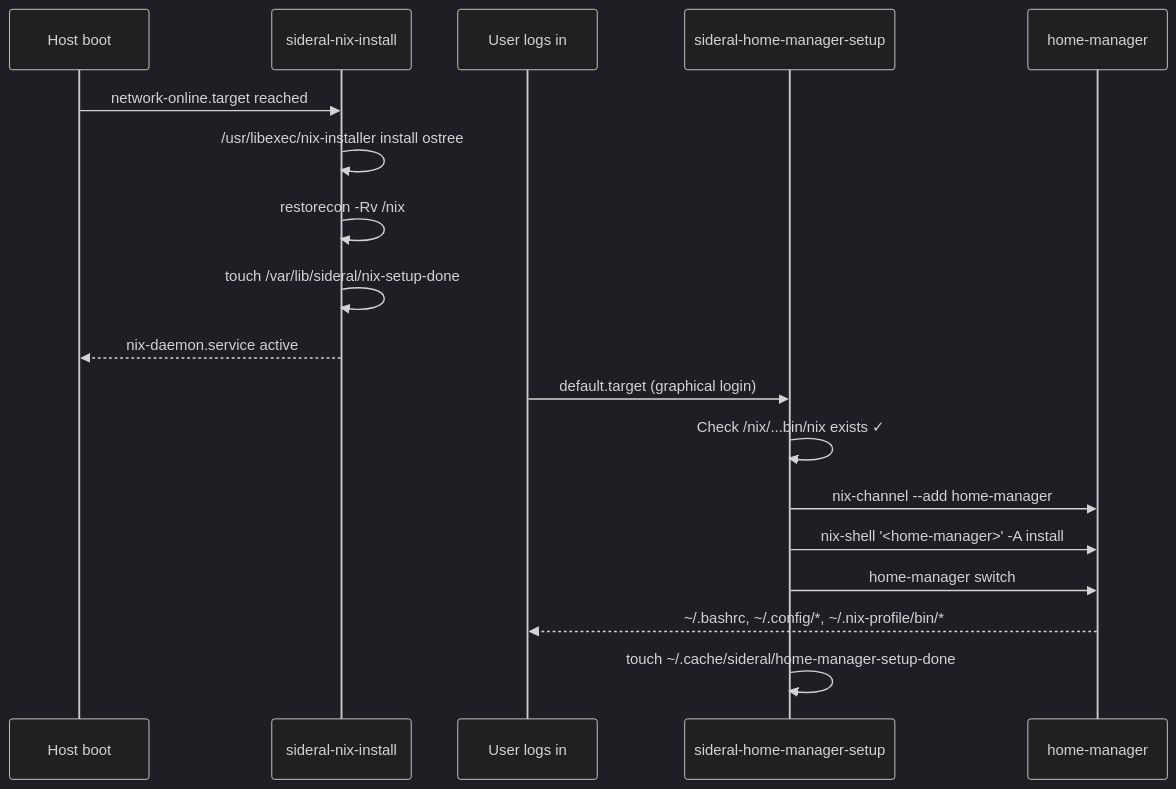
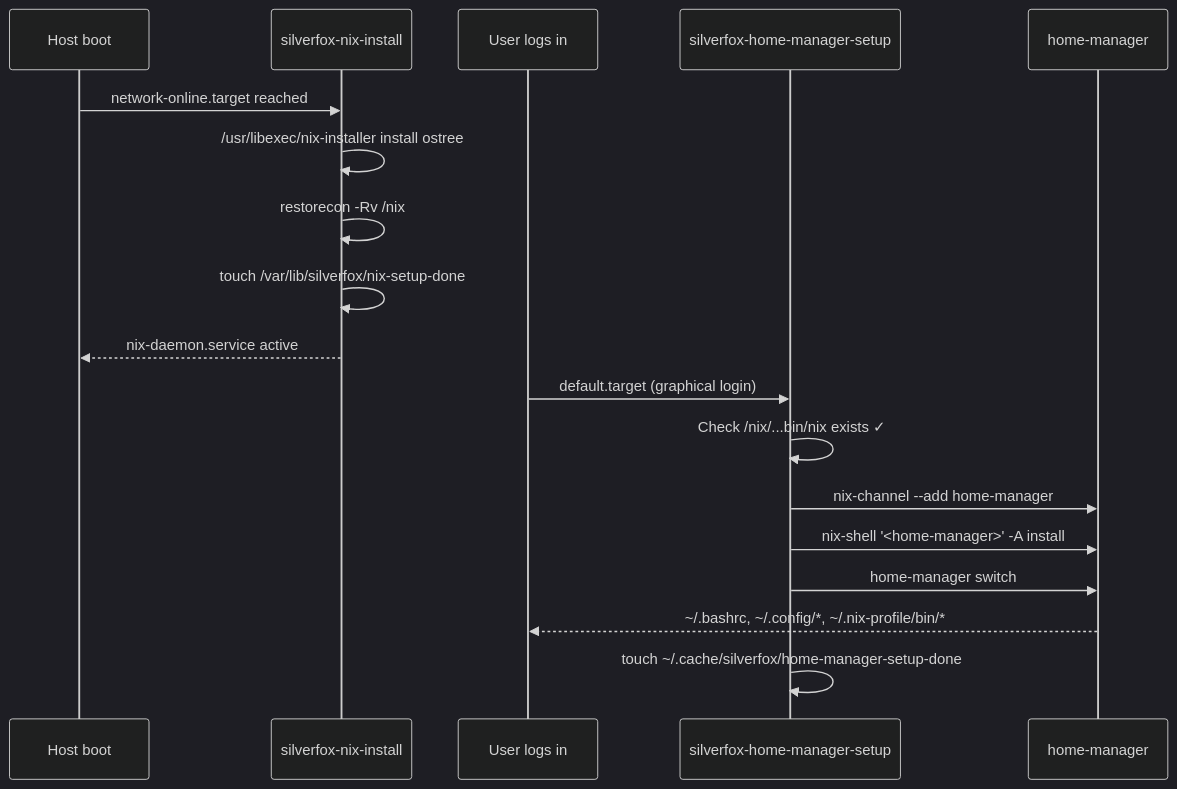
One commit to athenabriana/sideral changed the second of 2 diagrams in .specs/features/nix-home/design.md. Above: the diagram before and after it, drawn with Mermaid (dark theme). The commit also changed other lines of this file and 70 other files, not shown here.

Commit message:
feat: renomeia sideral -> silverfox, fox = Fedora Overengineered Experience

````diff
--- a/.specs/features/nix-home/design.md
+++ b/.specs/features/nix-home/design.md
@@ -401,22 +401,22 @@
 ```mermaid
 sequenceDiagram
     participant Host as Host boot
-    participant NixSvc as sideral-nix-install
+    participant NixSvc as silverfox-nix-install
     participant User as User logs in
-    participant HMSvc as sideral-home-manager-setup
+    participant HMSvc as silverfox-home-manager-setup
     participant HMCli as home-manager
 
     Host->>NixSvc: network-online.target reached
     NixSvc->>NixSvc: /usr/libexec/nix-installer install ostree
     NixSvc->>NixSvc: restorecon -Rv /nix
-    NixSvc->>NixSvc: touch /var/lib/sideral/nix-setup-done
+    NixSvc->>NixSvc: touch /var/lib/silverfox/nix-setup-done
     NixSvc-->>Host: nix-daemon.service active
 
     User->>HMSvc: default.target (graphical login)
     HMSvc->>HMSvc: Check /nix/...bin/nix exists ✓
     HMSvc->>HMCli: nix-channel --add home-manager
     HMSvc->>HMCli: nix-shell '<home-manager>' -A install
     HMSvc->>HMCli: home-manager switch
     HMCli-->>User: ~/.bashrc, ~/.config/*, ~/.nix-profile/bin/*
-    HMSvc->>HMSvc: touch ~/.cache/sideral/home-manager-setup-done
+    HMSvc->>HMSvc: touch ~/.cache/silverfox/home-manager-setup-done
 ```
````
